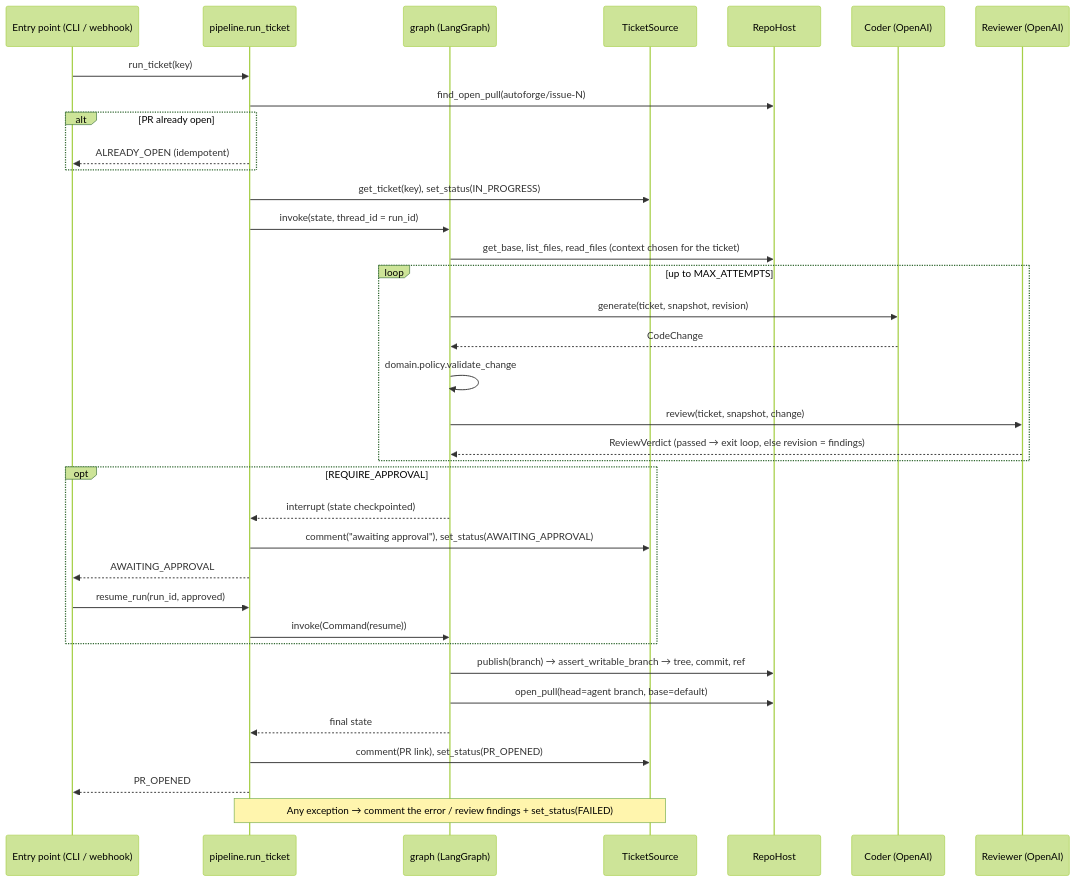
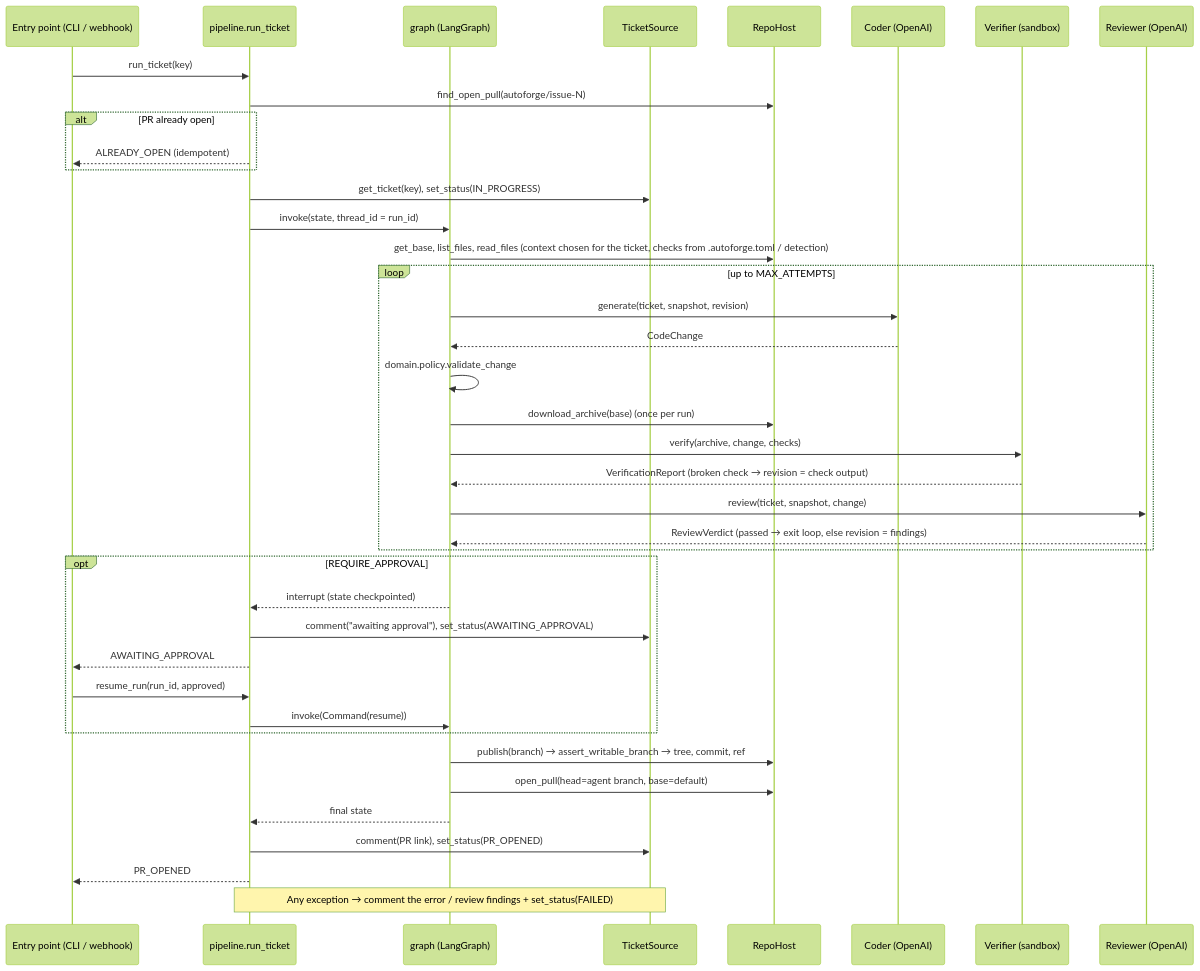
One commit to SumanthKumar1210/autonomous_coding_agent changed the fourth of 4 diagrams in ARCHITECTURE.md. Above: the diagram before and after it, drawn with Mermaid (forest theme). The commit also changed other lines of this file and 33 other files, not shown here.

````diff
--- a/ARCHITECTURE.md
+++ b/ARCHITECTURE.md
@@ -233,39 +253,43 @@
 ```mermaid
 sequenceDiagram
     participant E as Entry point (CLI / webhook)
     participant W as pipeline.run_ticket
     participant G as graph (LangGraph)
     participant T as TicketSource
     participant R as RepoHost
     participant C as Coder (OpenAI)
+    participant X as Verifier (sandbox)
     participant V as Reviewer (OpenAI)
 
     E->>W: run_ticket(key)
     W->>R: find_open_pull(autoforge/issue-N)
     alt PR already open
         W-->>E: ALREADY_OPEN (idempotent)
     end
     W->>T: get_ticket(key), set_status(IN_PROGRESS)
     W->>G: invoke(state, thread_id = run_id)
-    G->>R: get_base, list_files, read_files (context chosen for the ticket)
+    G->>R: get_base, list_files, read_files (context chosen for the ticket, checks from .autoforge.toml / detection)
     loop up to MAX_ATTEMPTS
         G->>C: generate(ticket, snapshot, revision)
         C-->>G: CodeChange
         G->>G: domain.policy.validate_change
+        G->>R: download_archive(base) (once per run)
+        G->>X: verify(archive, change, checks)
+        X-->>G: VerificationReport (broken check → revision = check output)
         G->>V: review(ticket, snapshot, change)
         V-->>G: ReviewVerdict (passed → exit loop, else revision = findings)
     end
     opt REQUIRE_APPROVAL
         G-->>W: interrupt (state checkpointed)
         W->>T: comment("awaiting approval"), set_status(AWAITING_APPROVAL)
         W-->>E: AWAITING_APPROVAL
         E->>W: resume_run(run_id, approved)
         W->>G: invoke(Command(resume))
     end
     G->>R: publish(branch) → assert_writable_branch → tree, commit, ref
     G->>R: open_pull(head=agent branch, base=default)
     G-->>W: final state
     W->>T: comment(PR link), set_status(PR_OPENED)
     W-->>E: PR_OPENED
     Note over W,T: Any exception → comment the error / review findings + set_status(FAILED)
 ```
````
